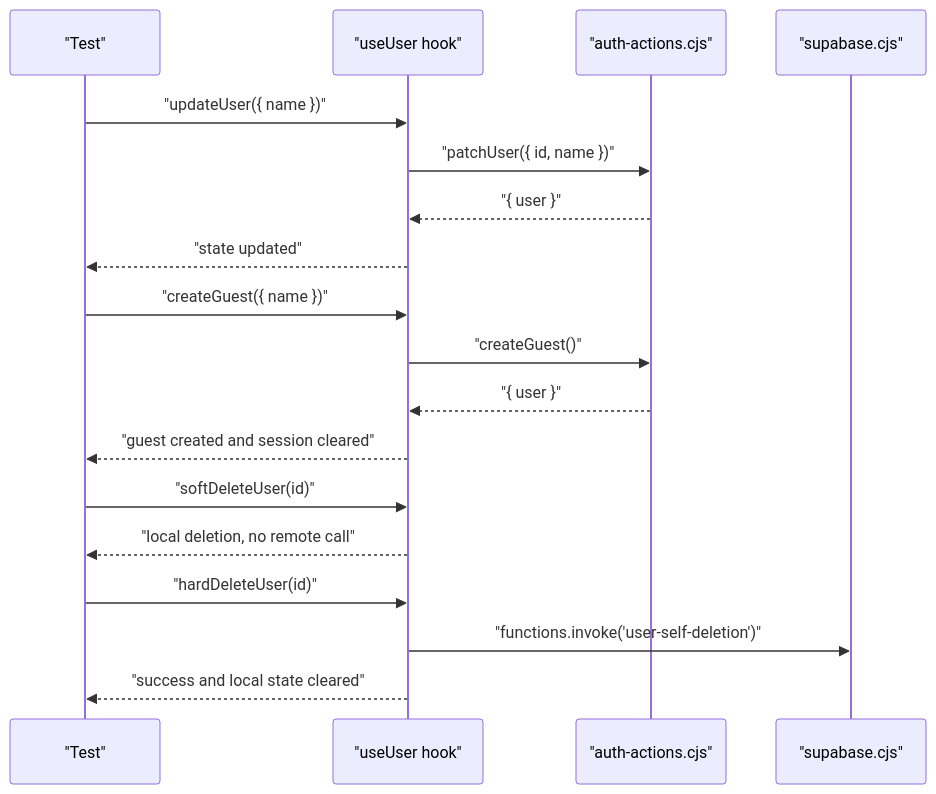
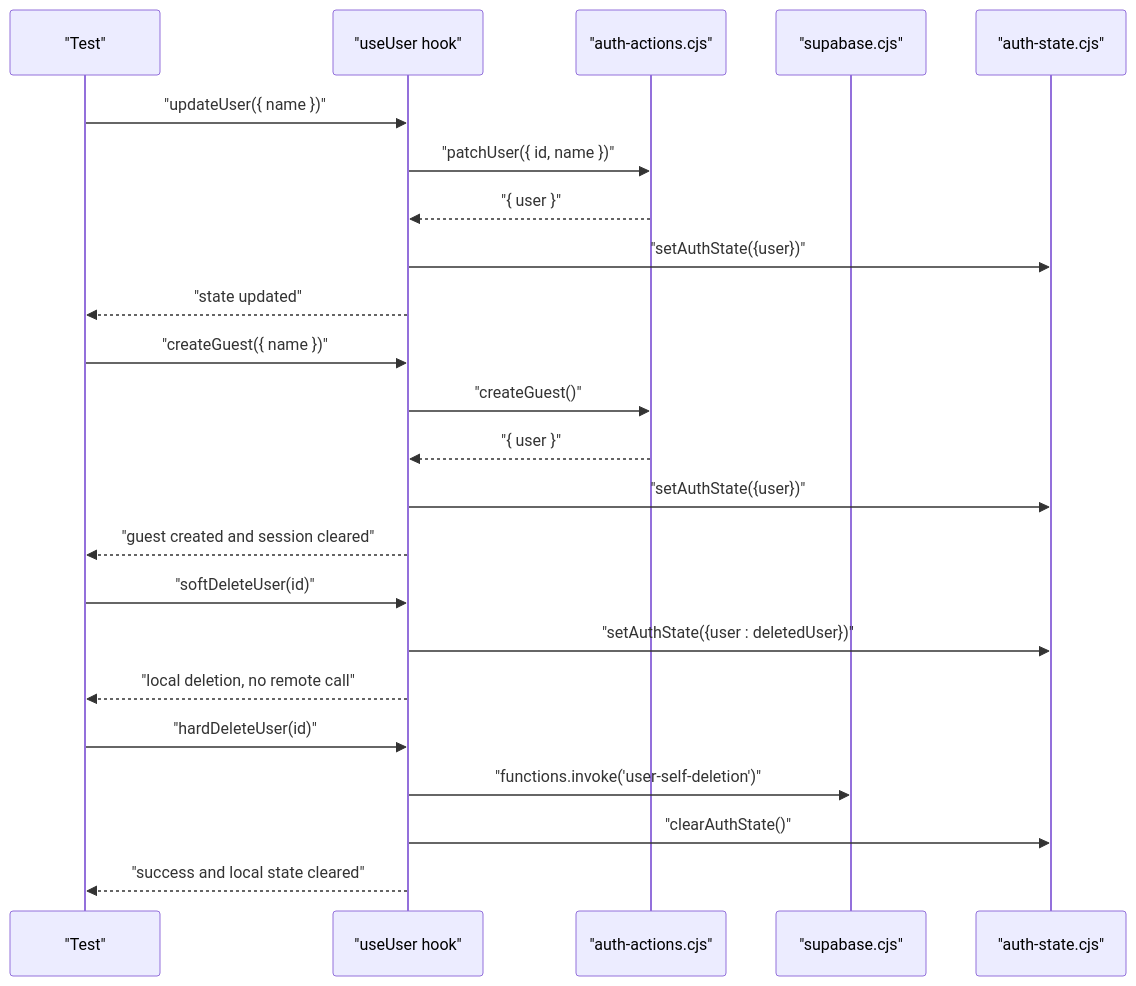
The fifth of 8 diagrams in .qoder/repowiki/en/content/Testing Strategy.md (karllasouzza/PowerLists), drawn with Mermaid before and after one commit. The commit also changed other lines of this file and 5 other files, not shown here.

````diff
--- a/.qoder/repowiki/en/content/Testing Strategy.md
+++ b/.qoder/repowiki/en/content/Testing Strategy.md
@@ -299,20 +319,25 @@
 ```mermaid
 sequenceDiagram
 participant T as "Test"
 participant U as "useUser hook"
 participant A as "auth-actions.cjs"
 participant S as "supabase.cjs"
+participant ST as "auth-state.cjs"
 T->>U : "updateUser({ name })"
 U->>A : "patchUser({ id, name })"
 A-->>U : "{ user }"
+U->>ST : "setAuthState({user})"
 U-->>T : "state updated"
 T->>U : "createGuest({ name })"
 U->>A : "createGuest()"
 A-->>U : "{ user }"
+U->>ST : "setAuthState({user})"
 U-->>T : "guest created and session cleared"
 T->>U : "softDeleteUser(id)"
+U->>ST : "setAuthState({user : deletedUser})"
 U-->>T : "local deletion, no remote call"
 T->>U : "hardDeleteUser(id)"
 U->>S : "functions.invoke('user-self-deletion')"
+U->>ST : "clearAuthState()"
 U-->>T : "success and local state cleared"
 ```
````
